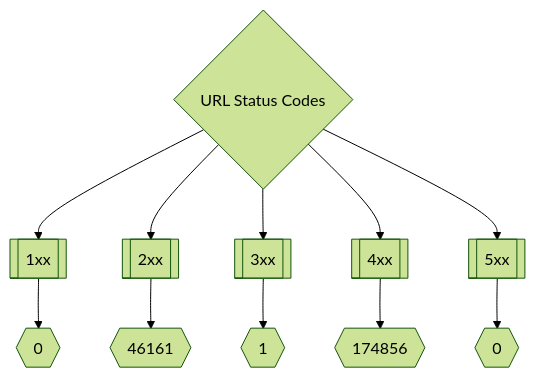
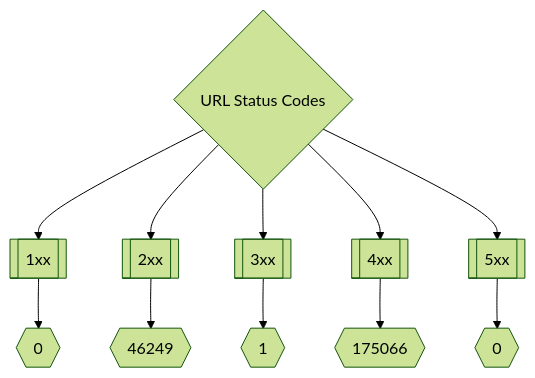
The second of 3 diagrams in README.md (trickest/inventory), drawn with Mermaid (forest theme) before and after one commit. The commit also changed other lines of this file, not shown here.

Commit message:
Update Tue Mar 29 11:42:27 UTC 2022

````diff
--- a/README.md
+++ b/README.md
@@ -173,8 +173,8 @@
 ```mermaid
 graph TD
 title{URL Status Codes} --> 1xx[[1xx]] --> status1xxNum{{0}}
-title --> 2xx[[2xx]] --> status2xxNum{{46161}}
+title --> 2xx[[2xx]] --> status2xxNum{{46249}}
 title --> 3xx[[3xx]] --> status3xxNum{{1}}
-title --> 4xx[[4xx]] --> status4xxNum{{174856}}
+title --> 4xx[[4xx]] --> status4xxNum{{175066}}
 title --> 5xx[[5xx]] --> status5xxNum{{0}}
 ```
````
